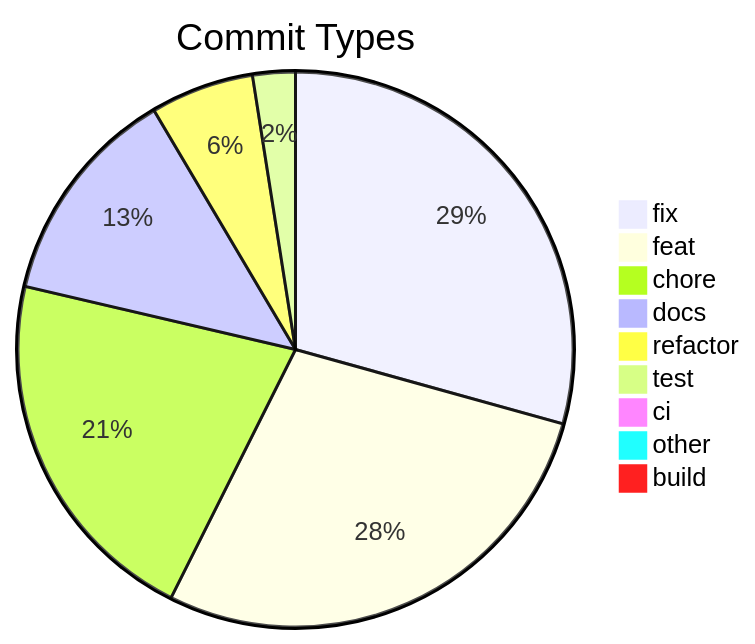
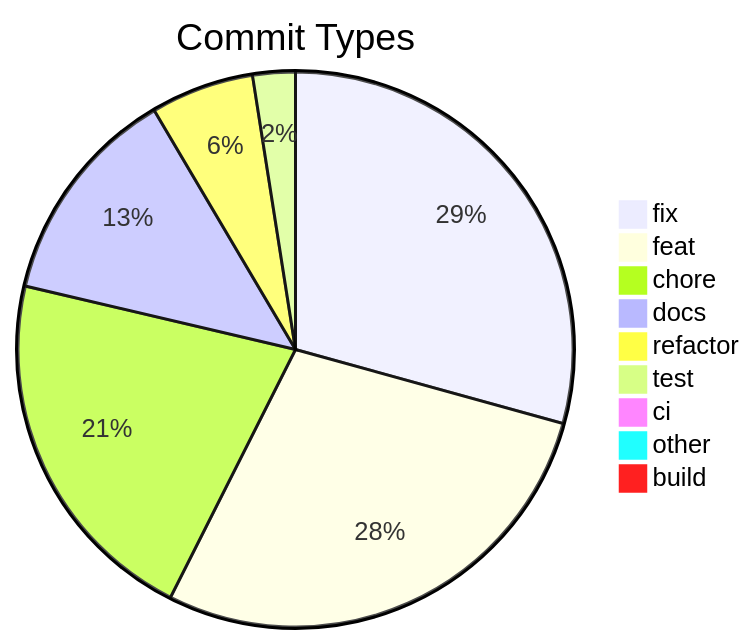
One commit to svenroth-ai/shipwright changed the diagram in .shipwright/compliance/change-history.md. Above: the diagram before and after it, drawn with Mermaid. The commit also changed other lines of this file and 29 other files, not shown here.

````diff
--- a/.shipwright/compliance/change-history.md
+++ b/.shipwright/compliance/change-history.md
@@ -8,12 +8,12 @@
 ```mermaid
 pie title Commit Types
     "fix" : 331
-    "feat" : 317
+    "feat" : 318
     "chore" : 240
     "docs" : 145
     "refactor" : 68
     "test" : 28
     "ci" : 11
     "other" : 9
     "build" : 1
 ```
````
